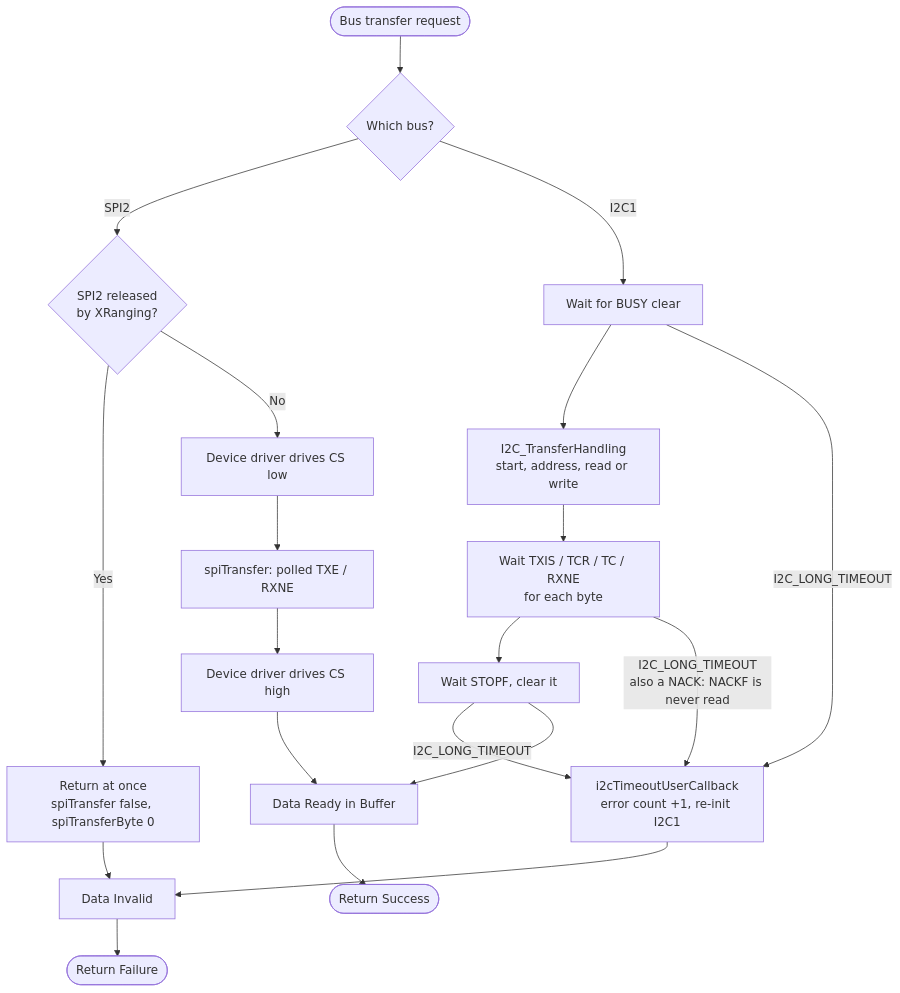
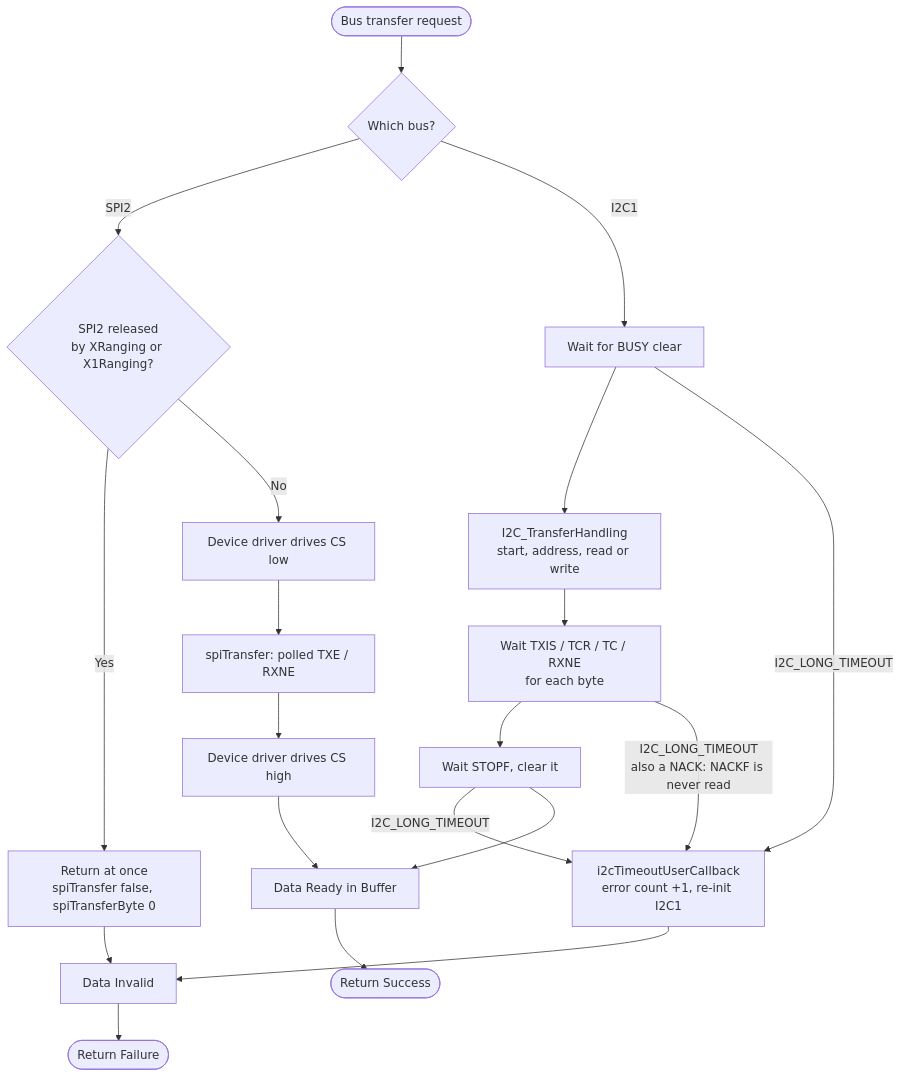
One commit to DronaAviation/MagisV2 changed the diagram in docs/fw-development-reference/fw-architecture-pipeline/subsystems/Hardware_Bus_Pipeline.md. Above: the diagram before and after it, drawn with Mermaid. The commit also changed other lines of this file and 51 other files, not shown here.

````diff
--- a/docs/fw-development-reference/fw-architecture-pipeline/subsystems/Hardware_Bus_Pipeline.md
+++ b/docs/fw-development-reference/fw-architecture-pipeline/subsystems/Hardware_Bus_Pipeline.md
@@ -69,27 +94,27 @@
 ```mermaid
 flowchart TD
     Start([Bus transfer request]) --> BusCheck{Which bus?}
 
-    BusCheck -- SPI2 --> Rel{SPI2 released<br/>by XRanging?}
+    BusCheck -- SPI2 --> Rel{SPI2 released<br/>by XRanging or X1Ranging?}
     Rel -- Yes --> SPIOff[Return at once<br/>spiTransfer false, spiTransferByte 0]
     Rel -- No --> SPISetup[Device driver drives CS low]
     SPISetup --> SPIXfer[spiTransfer: polled TXE / RXNE]
     SPIXfer --> SPIRelease[Device driver drives CS high]
 
     BusCheck -- I2C1 --> I2CBusy[Wait for BUSY clear]
     I2CBusy --> I2CStart[I2C_TransferHandling<br/>start, address, read or write]
     I2CStart --> I2CXfer[Wait TXIS / TCR / TC / RXNE<br/>for each byte]
     I2CXfer --> I2CStop[Wait STOPF, clear it]
 
     I2CBusy -- I2C_LONG_TIMEOUT --> I2CErr[i2cTimeoutUserCallback<br/>error count +1, re-init I2C1]
     I2CXfer -- I2C_LONG_TIMEOUT<br/>also a NACK: NACKF is never read --> I2CErr
     I2CStop -- I2C_LONG_TIMEOUT --> I2CErr
 
     SPIRelease --> Merge[Data Ready in Buffer]
     I2CStop --> Merge
     I2CErr --> MergeFail[Data Invalid]
     SPIOff --> MergeFail
 
     Merge --> End([Return Success])
     MergeFail --> EndFail([Return Failure])
 ```
````
